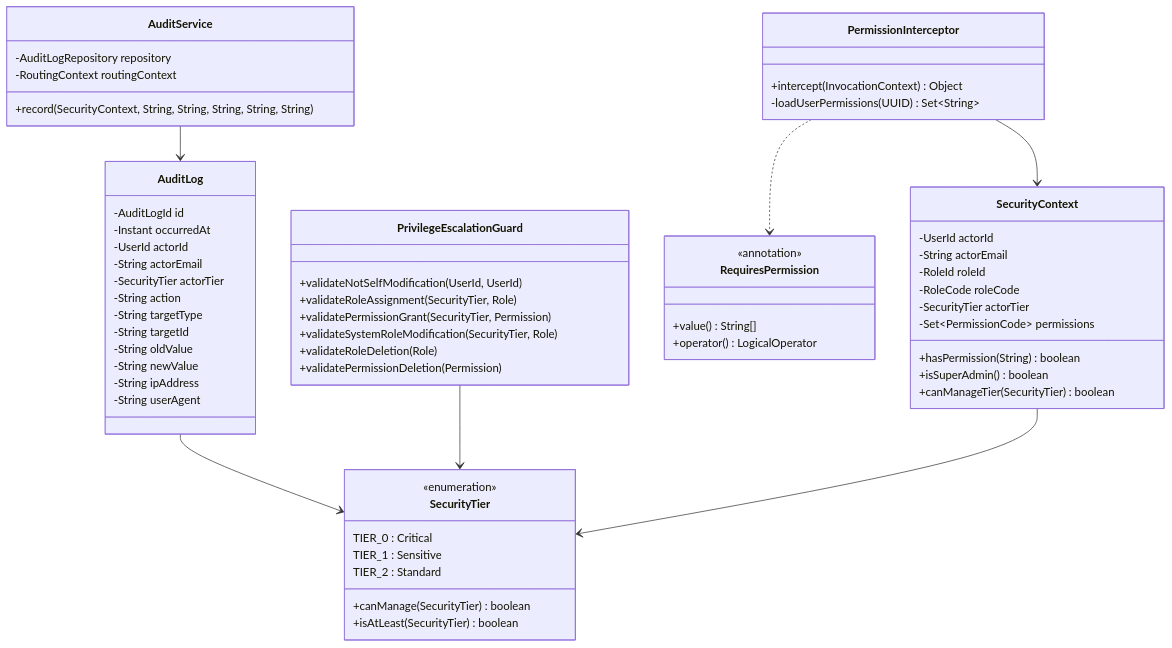
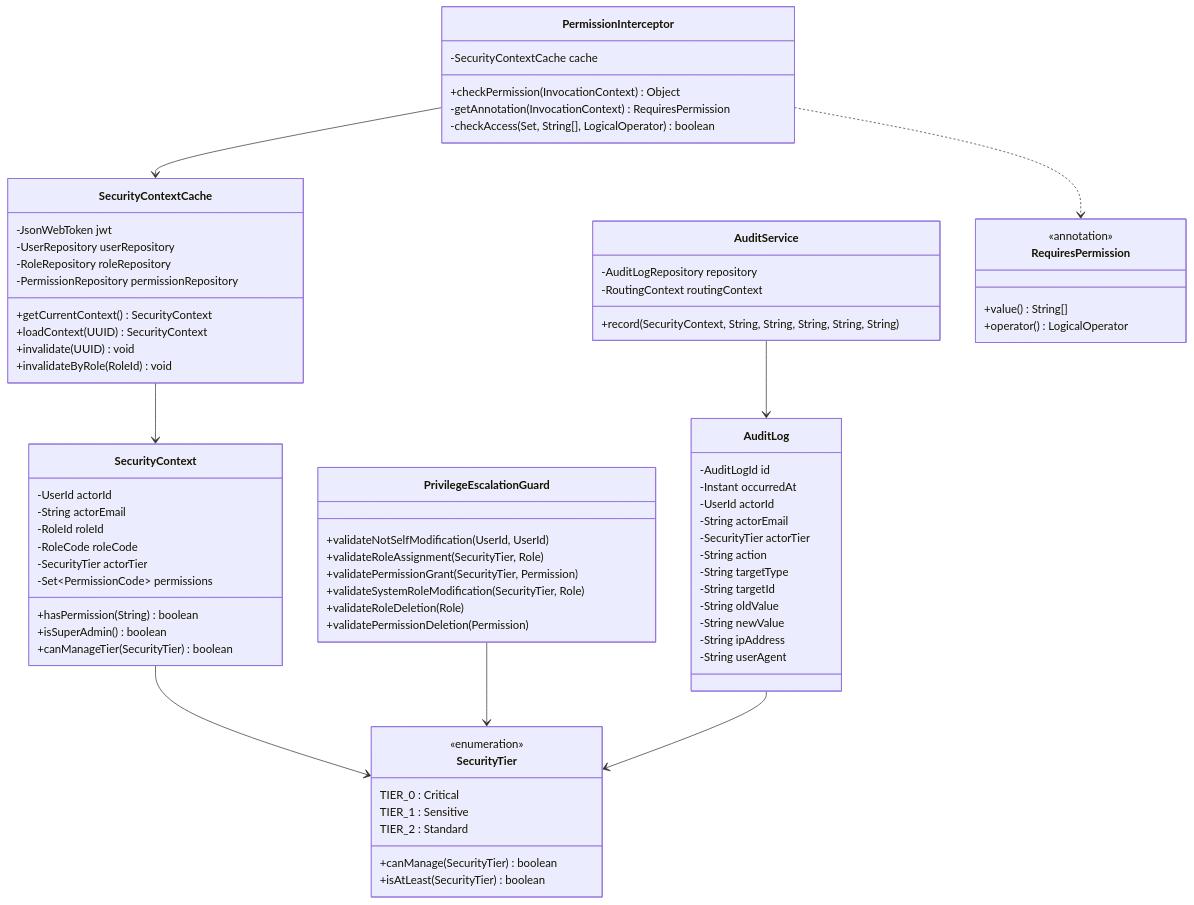
Before and after one commit to Dagz2/beeboard-api: the sixth of 10 diagrams in documentation/security-architecture.md, drawn with Mermaid. The commit also changed other lines of this file and 19 other files, not shown here.

Commit message:
feat(access): security context instead of provider, caffeine cache, all uses cases have permission required and security rules verification

````diff
--- a/documentation/security-architecture.md
+++ b/documentation/security-architecture.md
@@ -243,8 +243,21 @@
     }
 
     class PermissionInterceptor {
-        +intercept(InvocationContext) Object
-        -loadUserPermissions(UUID) Set~String~
+        -SecurityContextCache cache
+        +checkPermission(InvocationContext) Object
+        -getAnnotation(InvocationContext) RequiresPermission
+        -checkAccess(Set, String[], LogicalOperator) boolean
+    }
+
+    class SecurityContextCache {
+        -JsonWebToken jwt
+        -UserRepository userRepository
+        -RoleRepository roleRepository
+        -PermissionRepository permissionRepository
+        +getCurrentContext() SecurityContext
+        +loadContext(UUID) SecurityContext
+        +invalidate(UUID) void
+        +invalidateByRole(RoleId) void
     }
 
     class RequiresPermission {
@@ -258,5 +271,6 @@
     AuditService --> AuditLog
     AuditLog --> SecurityTier
     PermissionInterceptor ..> RequiresPermission
-    PermissionInterceptor --> SecurityContext
+    PermissionInterceptor --> SecurityContextCache
+    SecurityContextCache --> SecurityContext
 ```
````
